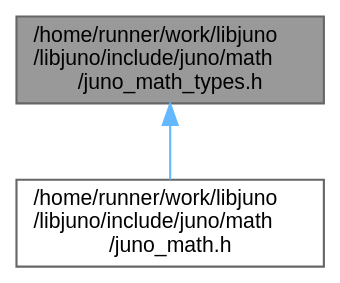
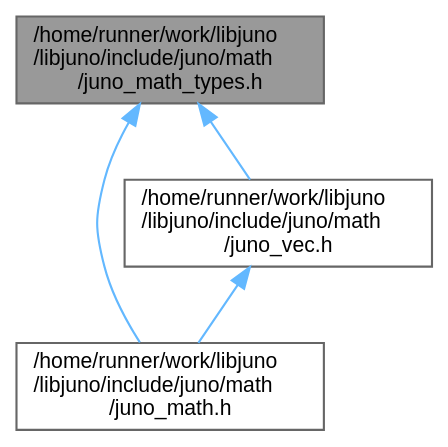
Before and after one commit to robinonsay/libjuno: the diagram in juno__math__types_8h__dep__incl.dot, drawn with Graphviz. The commit also changed 154 other files, not shown here.

```diff
--- a/juno__math__types_8h__dep__incl.dot
+++ b/juno__math__types_8h__dep__incl.dot
@@ -1,10 +1,13 @@
 digraph "/home/runner/work/libjuno/libjuno/include/juno/math/juno_math_types.h"
 {
  // LATEX_PDF_SIZE
   bgcolor="transparent";
   edge [fontname=Helvetica,fontsize=10,labelfontname=Helvetica,labelfontsize=10];
   node [fontname=Helvetica,fontsize=10,shape=box,height=0.2,width=0.4];
   Node1 [id="Node000001",label="/home/runner/work/libjuno\l/libjuno/include/juno/math\l/juno_math_types.h",height=0.2,width=0.4,color="gray40", fillcolor="grey60", style="filled", fontcolor="black",tooltip=" "];
   Node1 -> Node2 [id="edge1_Node000001_Node000002",dir="back",color="steelblue1",style="solid",tooltip=" "];
   Node2 [id="Node000002",label="/home/runner/work/libjuno\l/libjuno/include/juno/math\l/juno_math.h",height=0.2,width=0.4,color="grey40", fillcolor="white", style="filled",URL="$juno__math_8h.html",tooltip=" "];
+  Node1 -> Node3 [id="edge2_Node000001_Node000003",dir="back",color="steelblue1",style="solid",tooltip=" "];
+  Node3 [id="Node000003",label="/home/runner/work/libjuno\l/libjuno/include/juno/math\l/juno_vec.h",height=0.2,width=0.4,color="grey40", fillcolor="white", style="filled",URL="$juno__vec_8h.html",tooltip=" "];
+  Node3 -> Node2 [id="edge3_Node000003_Node000002",dir="back",color="steelblue1",style="solid",tooltip=" "];
 }
```
